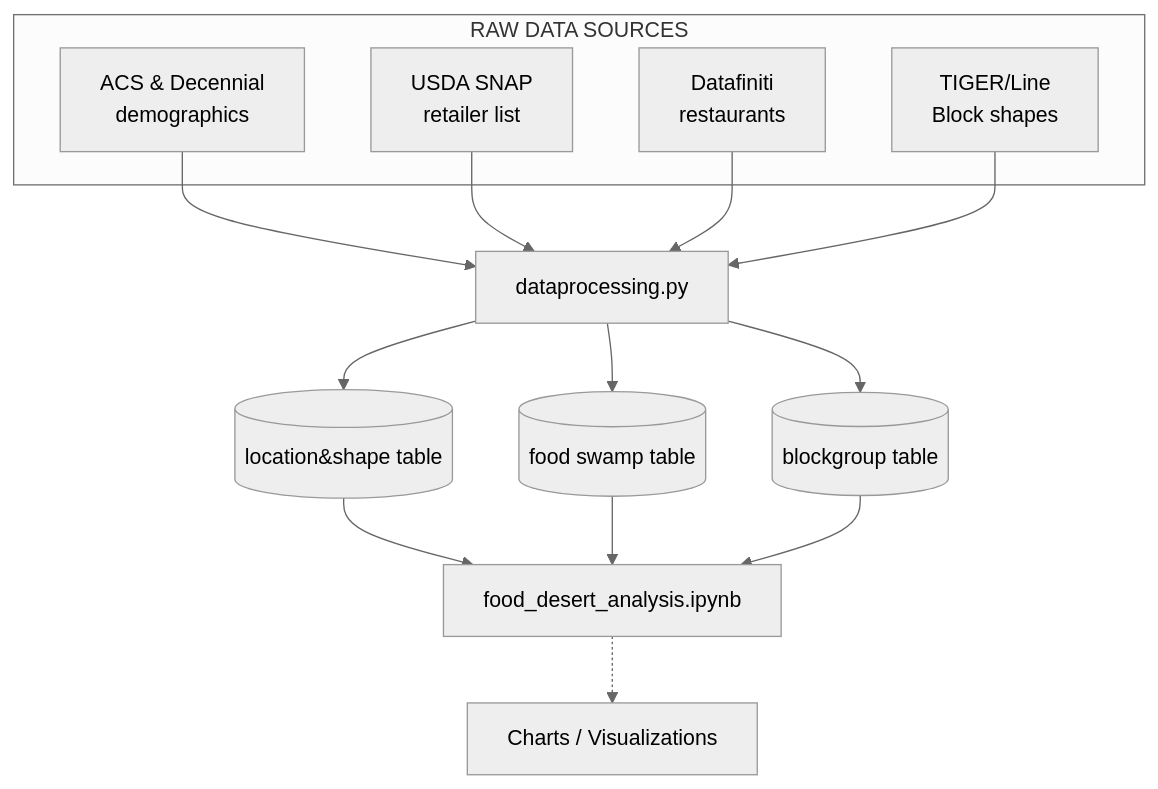
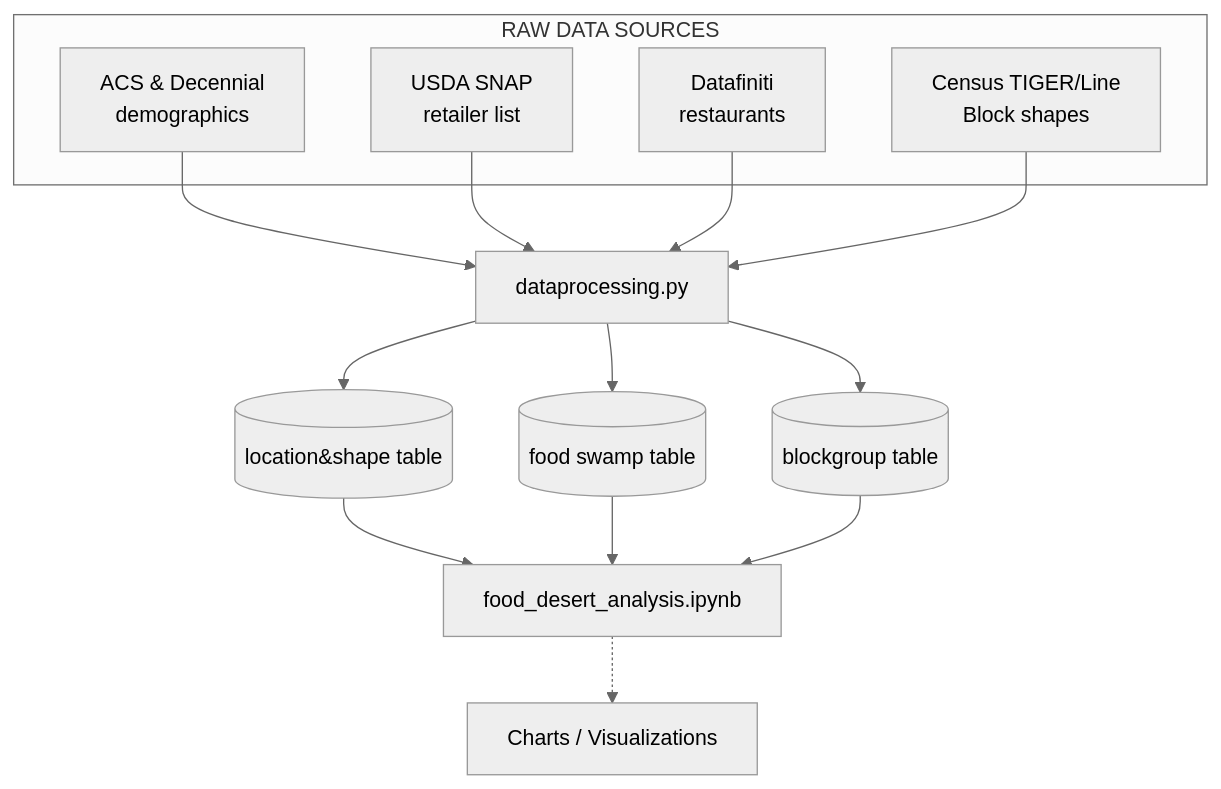
Before and after one commit to natalielarowe/MADS_Capstone: the diagram in README.md, drawn with Mermaid (neutral theme). The commit also changed other lines of this file, not shown here.

````diff
--- a/README.md
+++ b/README.md
@@ -34,16 +34,16 @@
 ```mermaid
 flowchart 
     subgraph RAW DATA SOURCES
         A[ACS & Decennial<br/>demographics] 
         B[USDA SNAP<br/>retailer list] 
         C[Datafiniti<br/>restaurants] 
-        D[TIGER/Line<br/>Block shapes]
+        D[Census TIGER/Line<br/>Block shapes]
     end
     A & B & C & D --> P[dataprocessing.py]
     P --> T[(location&shape table)]
     P --> R[(food swamp table)]
     P --> U[(blockgroup table)]
     T & R & U --> N[food_desert_analysis.ipynb]
 
     N -.-> V[Charts / Visualizations]
 ```
````
